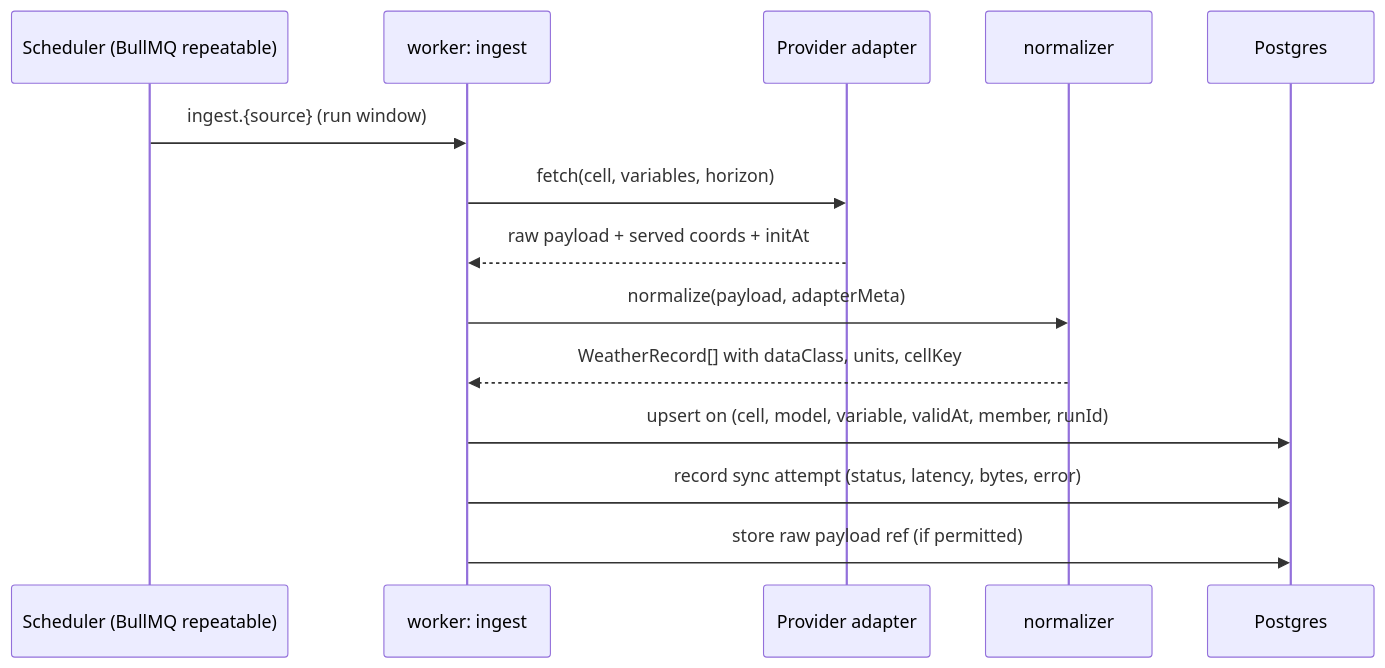
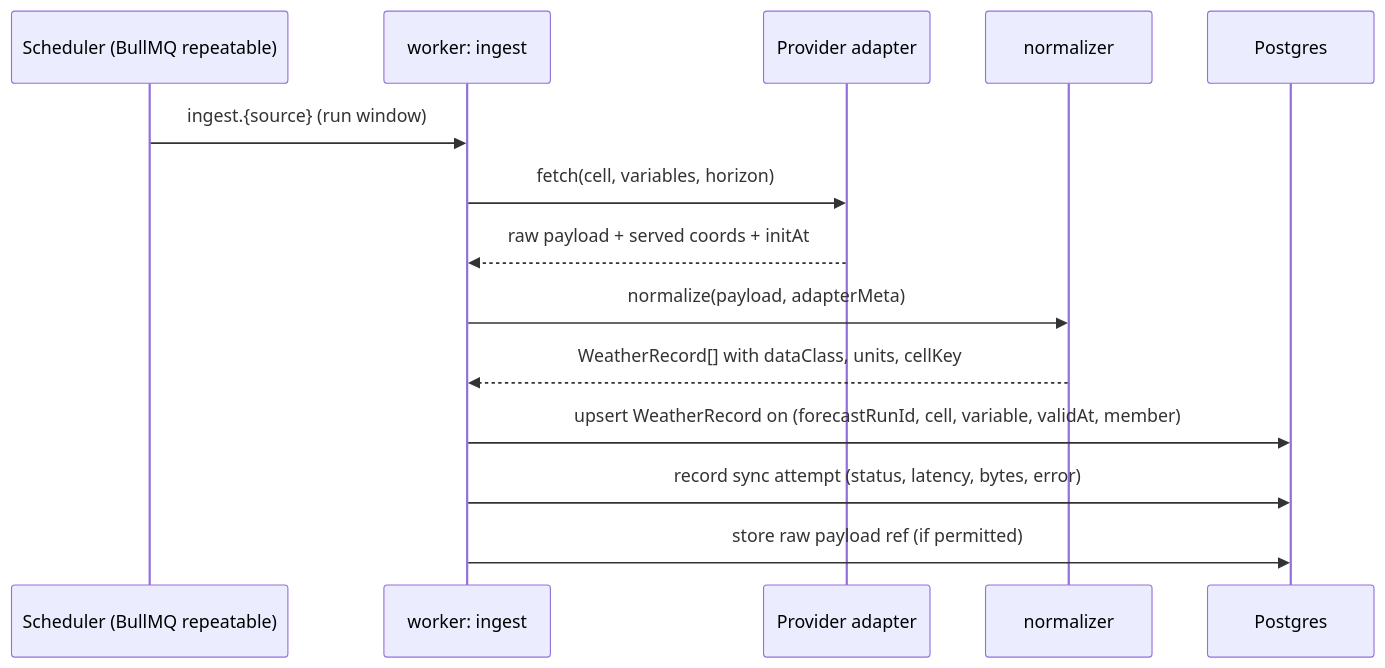
The first of 3 diagrams in docs/architecture/data-flow.md (Akihira77/AgroclimatePlanner), drawn with Mermaid before and after one commit. The commit also changed other lines of this file and 11 other files, not shown here.

First line of the commit message:
docs(phase-1): architecture and evidence contract

````diff
--- a/docs/architecture/data-flow.md
+++ b/docs/architecture/data-flow.md
@@ -7,17 +7,17 @@
 ```mermaid
 sequenceDiagram
   participant S as Scheduler (BullMQ repeatable)
   participant W as worker: ingest
   participant P as Provider adapter
   participant N as normalizer
   participant DB as Postgres
 
   S->>W: ingest.{source} (run window)
   W->>P: fetch(cell, variables, horizon)
   P-->>W: raw payload + served coords + initAt
   W->>N: normalize(payload, adapterMeta)
   N-->>W: WeatherRecord[] with dataClass, units, cellKey
-  W->>DB: upsert on (cell, model, variable, validAt, member, runId)
+  W->>DB: upsert WeatherRecord on (forecastRunId, cell, variable, validAt, member)
   W->>DB: record sync attempt (status, latency, bytes, error)
   W->>DB: store raw payload ref (if permitted)
 ```
````
